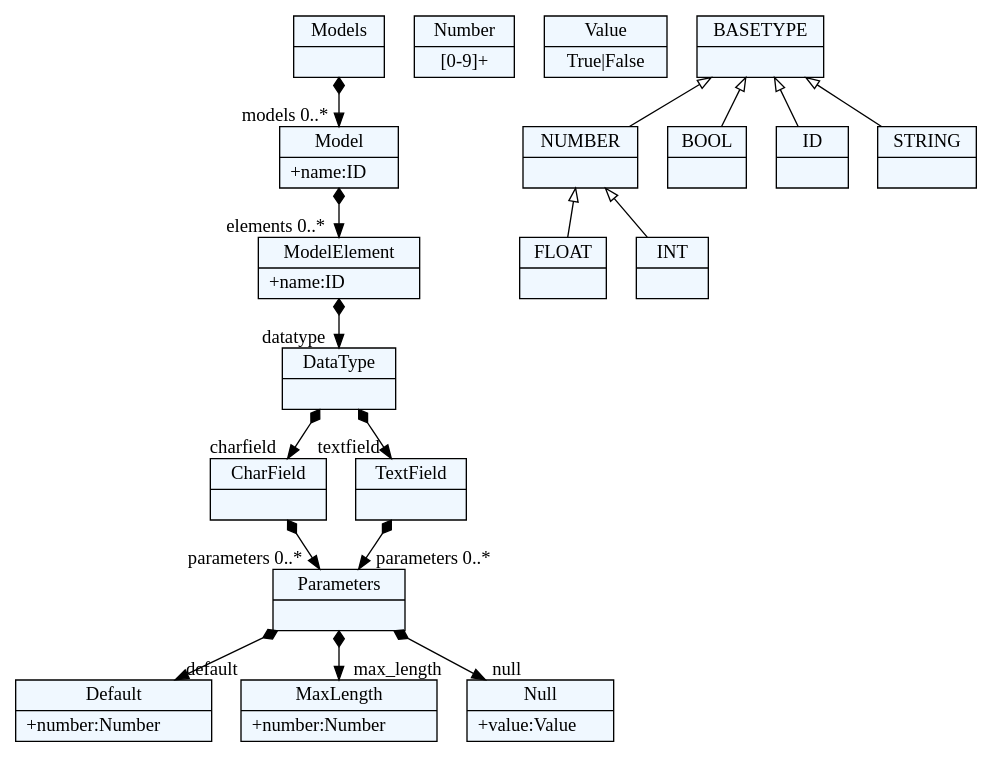
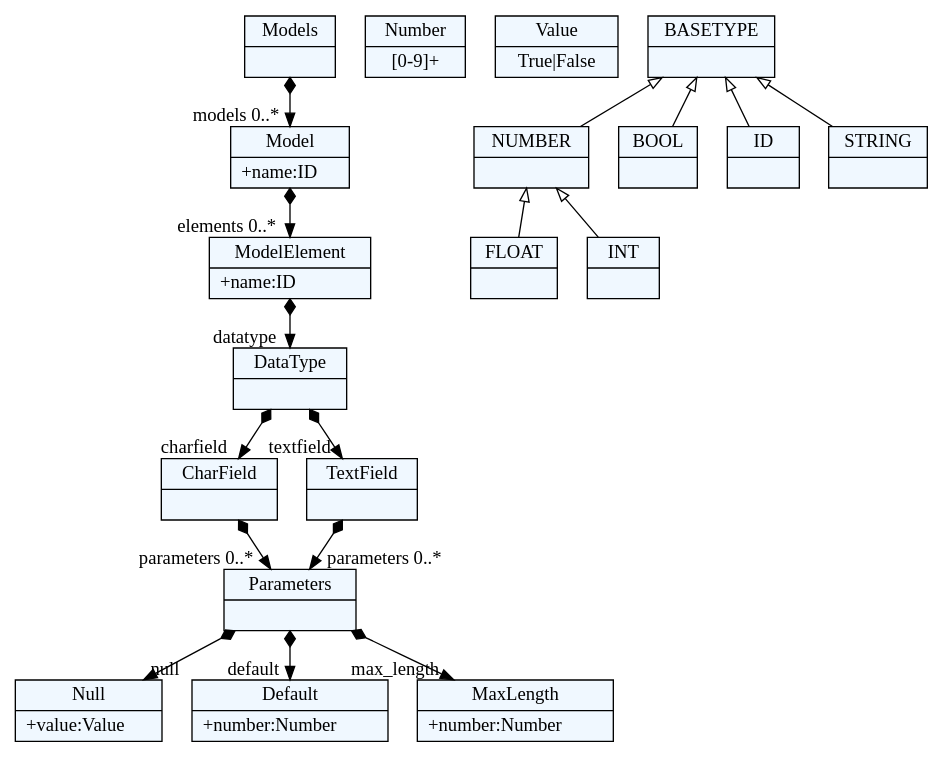
Before and after one commit to Booorkoo/JSD: the diagram in grammer.dot, drawn with Graphviz. The commit also changed 6 other files, not shown here.

```diff
--- a/grammer.dot
+++ b/grammer.dot
@@ -1,69 +1,69 @@
 
     digraph xtext {
     fontname = "Bitstream Vera Sans"
     fontsize = 8
     node[
         shape=record,
         style=filled,
         fillcolor=aliceblue
     ]
     nodesep = 0.3
     edge[dir=black,arrowtail=empty]
 
 
-2220744482680 -> 2220744473240[arrowtail=diamond, dir=both, headlabel="models 0..*"]
-2220744482680[ label="{Models|}"]
+2674613179416 -> 2674613158648[arrowtail=diamond, dir=both, headlabel="datatype "]
+2674613179416[ label="{ModelElement|+name:ID\l}"]
 
-2220744473240 -> 2220744474184[arrowtail=diamond, dir=both, headlabel="elements 0..*"]
-2220744473240[ label="{Model|+name:ID\l}"]
+2674613149208[ label="{Number|[0-9]+}"]
 
-2220744474184 -> 2220744476072[arrowtail=diamond, dir=both, headlabel="datatype "]
-2220744474184[ label="{ModelElement|+name:ID\l}"]
+2674613181304[ label="{Null|+value:Value\l}"]
 
-2220744478904[ label="{Default|+number:Number\l}"]
+2674613159592 -> 2674613165256[arrowtail=diamond, dir=both, headlabel="parameters 0..*"]
+2674613159592[ label="{CharField|}"]
 
-2220744481736[ label="{Number|[0-9]+}"]
+2674613157704 -> 2674613179416[arrowtail=diamond, dir=both, headlabel="elements 0..*"]
+2674613157704[ label="{Model|+name:ID\l}"]
 
-2220744480792 -> 2220744477960[arrowtail=diamond, dir=both, headlabel="max_length "]
-2220744480792 -> 2220744483624[arrowtail=diamond, dir=both, headlabel="null "]
-2220744480792 -> 2220744478904[arrowtail=diamond, dir=both, headlabel="default "]
-2220744480792[ label="{Parameters|}"]
+2674613163368[ label="{Default|+number:Number\l}"]
 
-2220744476072 -> 2220744485512[arrowtail=diamond, dir=both, headlabel="charfield "]
-2220744476072 -> 2220744477016[arrowtail=diamond, dir=both, headlabel="textfield "]
-2220744476072[ label="{DataType|}"]
+2674613180360[ label="{MaxLength|+number:Number\l}"]
 
-2220744483624[ label="{Null|+value:Value\l}"]
+2674613160536 -> 2674613165256[arrowtail=diamond, dir=both, headlabel="parameters 0..*"]
+2674613160536[ label="{TextField|}"]
 
-2220744477960[ label="{MaxLength|+number:Number\l}"]
+2674613165256 -> 2674613180360[arrowtail=diamond, dir=both, headlabel="max_length "]
+2674613165256 -> 2674613181304[arrowtail=diamond, dir=both, headlabel="null "]
+2674613165256 -> 2674613163368[arrowtail=diamond, dir=both, headlabel="default "]
+2674613165256[ label="{Parameters|}"]
 
-2220744477016 -> 2220744480792[arrowtail=diamond, dir=both, headlabel="parameters 0..*"]
-2220744477016[ label="{TextField|}"]
+2674613158648 -> 2674613159592[arrowtail=diamond, dir=both, headlabel="charfield "]
+2674613158648 -> 2674613160536[arrowtail=diamond, dir=both, headlabel="textfield "]
+2674613158648[ label="{DataType|}"]
 
-2220744484568[ label="{Value|True\|False}"]
+2674613182248[ label="{Value|True\|False}"]
 
-2220744485512 -> 2220744480792[arrowtail=diamond, dir=both, headlabel="parameters 0..*"]
-2220744485512[ label="{CharField|}"]
+2674613150152 -> 2674613157704[arrowtail=diamond, dir=both, headlabel="models 0..*"]
+2674613150152[ label="{Models|}"]
 
-2220744470408[ label="{NUMBER|}"]
-2220744470408 -> 2220744475128 [dir=back]
-2220744470408 -> 2220744479848 [dir=back]
+2674613147320[ label="{BASETYPE|}"]
+2674613147320 -> 2674613178472 [dir=back]
+2674613147320 -> 2674613155816 [dir=back]
+2674613147320 -> 2674613172808 [dir=back]
+2674613147320 -> 2674613164312 [dir=back]
 
-2220744471352[ label="{BASETYPE|}"]
-2220744471352 -> 2220744470408 [dir=back]
-2220744471352 -> 2220744469464 [dir=back]
-2220744471352 -> 2220744468520 [dir=back]
-2220744471352 -> 2220744472296 [dir=back]
+2674613177528[ label="{FLOAT|}"]
 
-2220744475128[ label="{FLOAT|}"]
+2674613164312[ label="{STRING|}"]
 
-2220744469464[ label="{BOOL|}"]
+2674613172808[ label="{ID|}"]
 
-2220744479848[ label="{INT|}"]
+2674613155816[ label="{BOOL|}"]
 
-2220744468520[ label="{ID|}"]
+2674613167144[ label="{INT|}"]
 
-2220744472296[ label="{STRING|}"]
+2674613178472[ label="{NUMBER|}"]
+2674613178472 -> 2674613177528 [dir=back]
+2674613178472 -> 2674613167144 [dir=back]
 
 
 }
```
